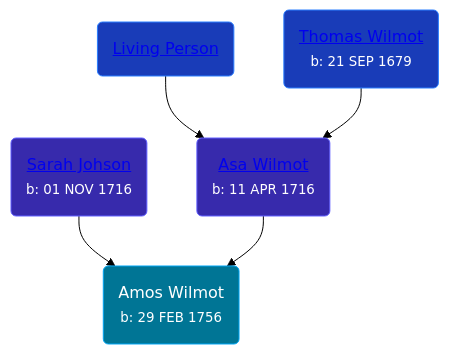
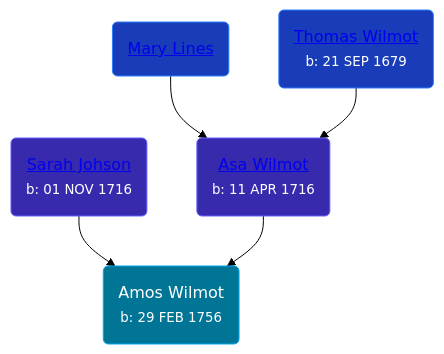
One commit to wpmgotkh/wpmgotkh.github.io changed the diagram in pages/people/3/34677049.md. Above: the diagram before and after it, drawn with Mermaid (forest theme). The commit also changed 586 other files, not shown here.

Commit message:
feat: better shouldConsiderPersonLiving algo

````diff
--- a/pages/people/3/34677049.md
+++ b/pages/people/3/34677049.md
@@ -10,11 +10,11 @@
 ```mermaid
 graph
 classDef grands fill:#193cb8,stroke:#2b7fff,stroke-width:1px,color:#fff;
 classDef parents fill:#372aac,stroke:#615fff,stroke-width:1px,color:#fff;
 classDef primary fill:#007595,stroke:#00a6f4,stroke-width:1px,color:#fff;
 34677049(Amos Wilmot<br /><small>b: 29 FEB 1756</small>):::primary
 48968878(<a class="text-white" href="/people/4/48968878">Sarah Johson</a><br /><small>b: 01 NOV 1716</small>):::parents-->34677049
 15735504(<a class="text-white" href="/people/1/15735504">Asa Wilmot</a><br /><small>b: 11 APR 1716</small>):::parents-->34677049
-19292651(<a class="text-white" href="/people/1/19292651">Living Person</a>):::grands-->15735504
+19292651(<a class="text-white" href="/people/1/19292651">Mary Lines</a>):::grands-->15735504
 36930663(<a class="text-white" href="/people/3/36930663">Thomas Wilmot</a><br /><small>b: 21 SEP 1679</small>):::grands-->15735504
 ```
````
